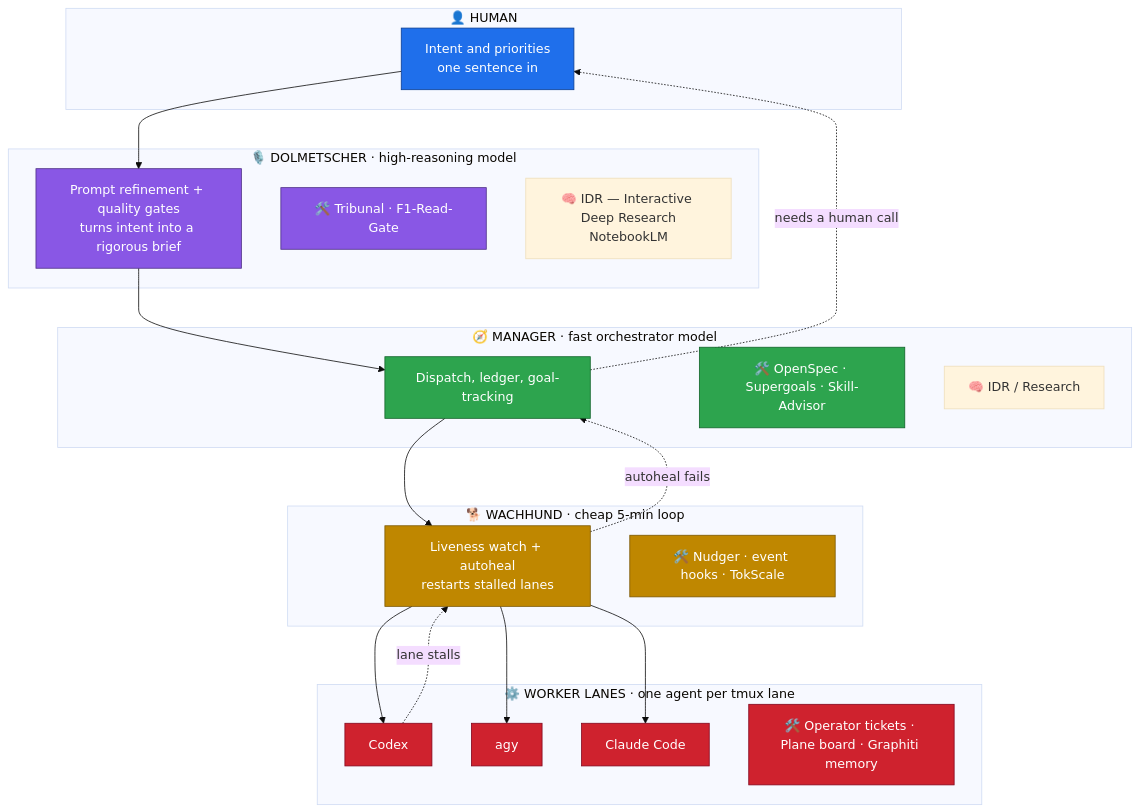
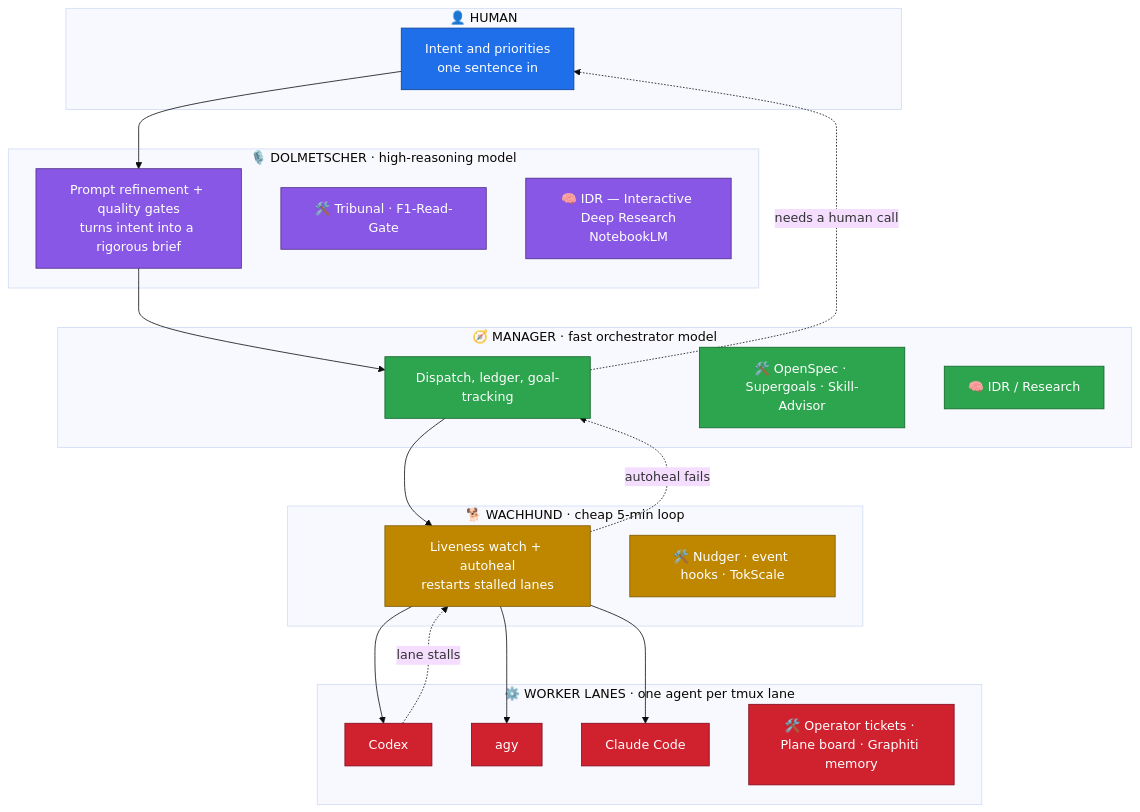
One commit to Martin-Hausleitner/agent-orchestration changed the diagram in README.md. Above: the diagram before and after it, drawn with Mermaid (base theme).

Commit message:
showcase: style IDR nodes (DI/MI) to their layer colors — visual QG completeness

````diff
--- a/README.md
+++ b/README.md
@@ -11,48 +11,48 @@
 ```mermaid
 flowchart TD
     subgraph L0["👤 HUMAN"]
         H["Intent and priorities<br/>one sentence in"]
     end
     subgraph L1["🎙️ DOLMETSCHER · high-reasoning model"]
         D["Prompt refinement + quality gates<br/>turns intent into a rigorous brief"]
         DT["🛠️ Tribunal · F1-Read-Gate"]
         DI["🧠 IDR — Interactive Deep Research<br/>NotebookLM"]
     end
     subgraph L2["🧭 MANAGER · fast orchestrator model"]
         M["Dispatch, ledger, goal-tracking"]
         MT["🛠️ OpenSpec · Supergoals · Skill-Advisor"]
         MI["🧠 IDR / Research"]
     end
     subgraph L3["🐕 WACHHUND · cheap 5-min loop"]
         W["Liveness watch + autoheal<br/>restarts stalled lanes"]
         WT["🛠️ Nudger · event hooks · TokScale"]
     end
     subgraph L4["⚙️ WORKER LANES · one agent per tmux lane"]
         WC["Codex"]
         WA["agy"]
         WCC["Claude Code"]
         WT2["🛠️ Operator tickets · Plane board · Graphiti memory"]
     end
 
     H --> D
     D --> M
     M --> W
     W --> WC
     W --> WA
     W --> WCC
 
     WC -. "lane stalls" .-> W
     W -. "autoheal fails" .-> M
     M -. "needs a human call" .-> H
 
     classDef human fill:#1f6feb,stroke:#0b3d91,color:#fff
     classDef dolm fill:#8957e5,stroke:#4b2c85,color:#fff
     classDef mgr fill:#2da44e,stroke:#116329,color:#fff
     classDef watch fill:#bf8700,stroke:#7a5600,color:#fff
     classDef work fill:#cf222e,stroke:#82071e,color:#fff
     class H human
-    class D,DT dolm
-    class M,MT mgr
+    class D,DT,DI dolm
+    class M,MT,MI mgr
     class W,WT watch
     class WC,WA,WCC,WT2 work
 ```
````
